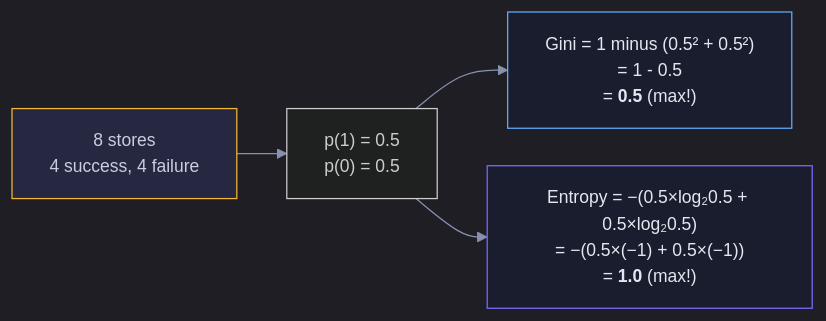
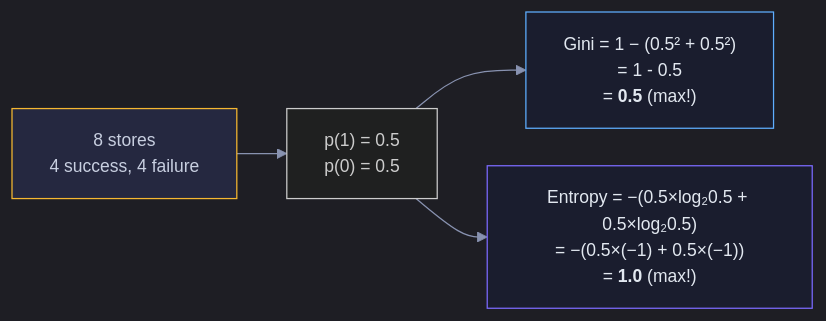
The second of 13 diagrams in Documents/Visual_Guides/ML_Concepts/Decision_Trees_Visual.md (snehith1234/StudyCircle), drawn with Mermaid before and after one commit. The commit also changed 7 other files, not shown here.

Commit message:
Fix minus/neg in Mermaid: use proper − symbol instead of words

````diff
--- a/Documents/Visual_Guides/ML_Concepts/Decision_Trees_Visual.md
+++ b/Documents/Visual_Guides/ML_Concepts/Decision_Trees_Visual.md
@@ -105,11 +105,11 @@
 ```mermaid
 %%{init: {'theme': 'dark', 'themeVariables': {'darkMode': true, 'background': '#0e1117', 'primaryColor': '#1a1d2e', 'primaryTextColor': '#e2e8f0', 'primaryBorderColor': '#2d3148', 'lineColor': '#8892b0', 'secondaryColor': '#252840', 'tertiaryColor': '#1a1d2e', 'fontSize': '14px', 'edgeLabelBackground': '#0e1117'}, 'flowchart': {'nodeSpacing': 30, 'rankSpacing': 40, 'padding': 15, 'htmlLabels': true}}}%%
 graph LR
     DATA["8 stores<br/>4 success, 4 failure"] --> PROPS["p(1) = 0.5<br/>p(0) = 0.5"]
-    PROPS --> GINI["Gini = 1 minus (0.5² + 0.5²)<br/>= 1 - 0.5<br/>= <b>0.5</b> (max!)"]
+    PROPS --> GINI["Gini = 1 − (0.5² + 0.5²)<br/>= 1 - 0.5<br/>= <b>0.5</b> (max!)"]
     PROPS --> ENTROPY["Entropy = −(0.5×log₂0.5 + 0.5×log₂0.5)<br/>= −(0.5×(−1) + 0.5×(−1))<br/>= <b>1.0</b> (max!)"]
 
     style DATA fill:#252840,stroke:#f5b731,color:#c8cfe0
     style GINI fill:#1a1d2e,stroke:#5eaeff,color:#e2e8f0
     style ENTROPY fill:#1a1d2e,stroke:#7c6aff,color:#e2e8f0
 ```
````
